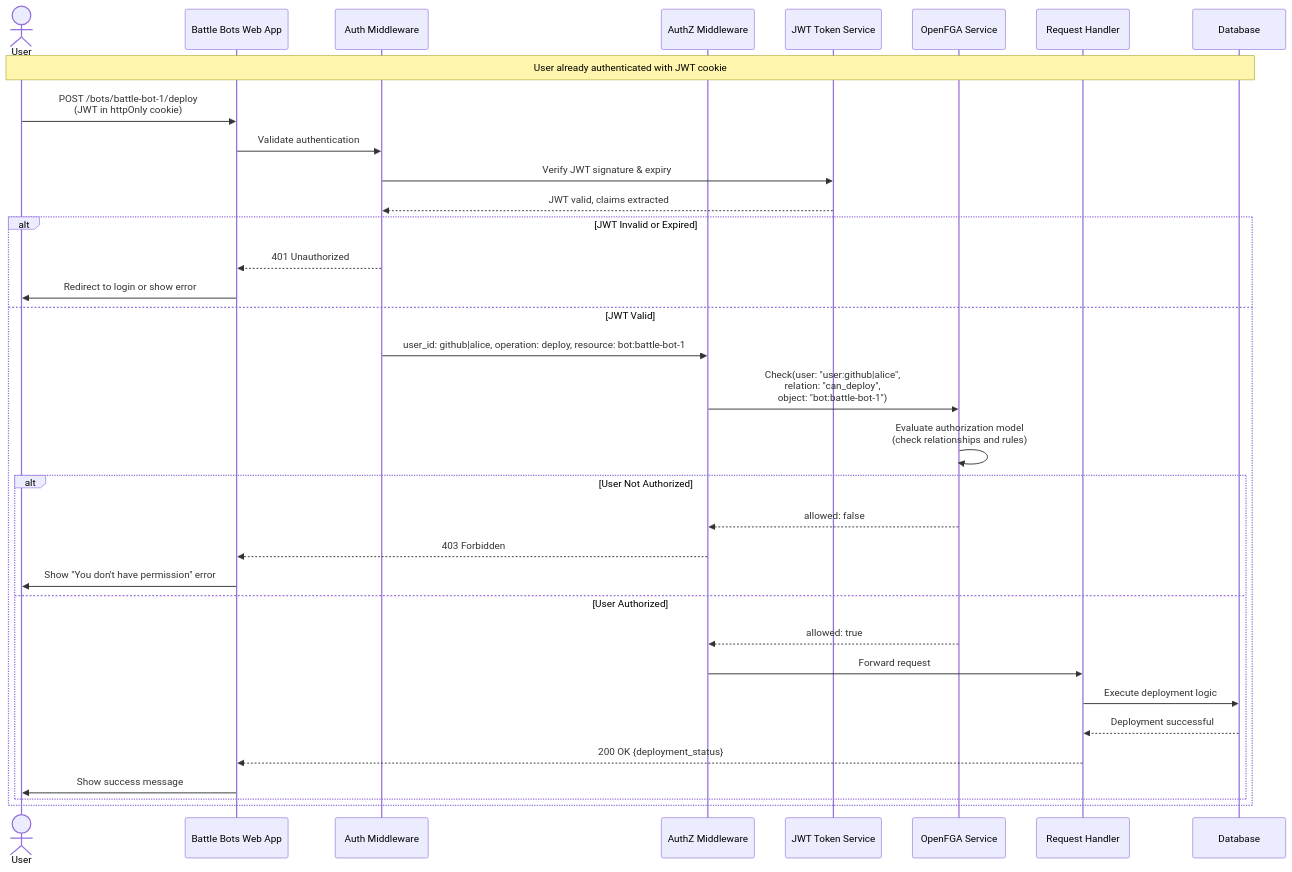
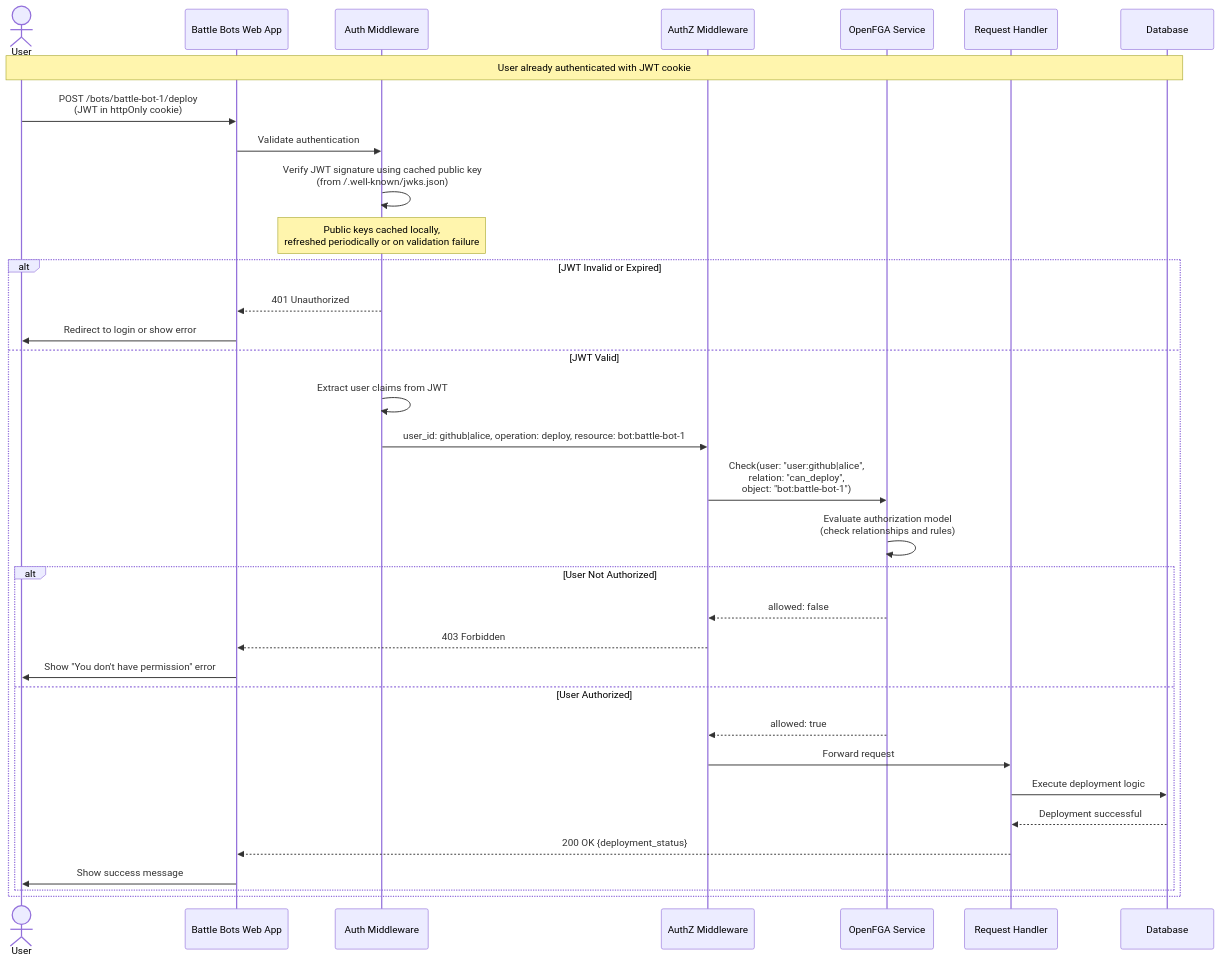
The third of 12 diagrams in docs/content/r&d/adrs/0002-user-registration-via-github-oauth.md (z5labs/battlebots), drawn with Mermaid before and after one commit. The commit also changed other lines of this file, not shown here.

Commit message:
docs(issue-132): use jwks

````diff
--- a/docs/content/r&d/adrs/0002-user-registration-via-github-oauth.md
+++ b/docs/content/r&d/adrs/0002-user-registration-via-github-oauth.md
@@ -221,40 +230,40 @@
 ```mermaid
 sequenceDiagram
     actor User
     participant WebApp as Battle Bots Web App
     participant AuthMiddleware as Auth Middleware
     participant AuthZMiddleware as AuthZ Middleware
-    participant JWT as JWT Token Service
     participant OpenFGA as OpenFGA Service
     participant Handler as Request Handler
     participant DB as Database
 
     Note over User,DB: User already authenticated with JWT cookie
 
     User->>WebApp: POST /bots/battle-bot-1/deploy<br/>(JWT in httpOnly cookie)
     WebApp->>AuthMiddleware: Validate authentication
-    AuthMiddleware->>JWT: Verify JWT signature & expiry
-    JWT-->>AuthMiddleware: JWT valid, claims extracted
+    AuthMiddleware->>AuthMiddleware: Verify JWT signature using cached public key<br/>(from /.well-known/jwks.json)
+    Note over AuthMiddleware: Public keys cached locally,<br/>refreshed periodically or on validation failure
 
     alt JWT Invalid or Expired
         AuthMiddleware-->>WebApp: 401 Unauthorized
         WebApp->>User: Redirect to login or show error
     else JWT Valid
+        AuthMiddleware->>AuthMiddleware: Extract user claims from JWT
         AuthMiddleware->>AuthZMiddleware: user_id: github|alice, operation: deploy, resource: bot:battle-bot-1
         AuthZMiddleware->>OpenFGA: Check(user: "user:github|alice",<br/>relation: "can_deploy",<br/>object: "bot:battle-bot-1")
         OpenFGA->>OpenFGA: Evaluate authorization model<br/>(check relationships and rules)
 
         alt User Not Authorized
             OpenFGA-->>AuthZMiddleware: allowed: false
             AuthZMiddleware-->>WebApp: 403 Forbidden
             WebApp->>User: Show "You don't have permission" error
         else User Authorized
             OpenFGA-->>AuthZMiddleware: allowed: true
             AuthZMiddleware->>Handler: Forward request
             Handler->>DB: Execute deployment logic
             DB-->>Handler: Deployment successful
             Handler-->>WebApp: 200 OK {deployment_status}
             WebApp->>User: Show success message
         end
     end
 ```
````
